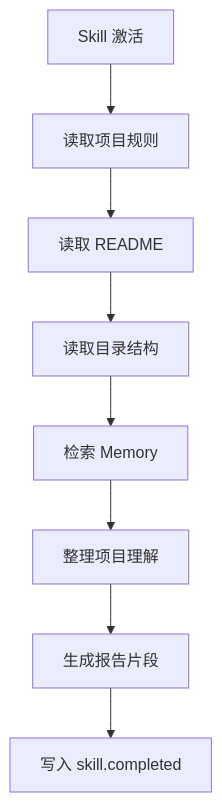
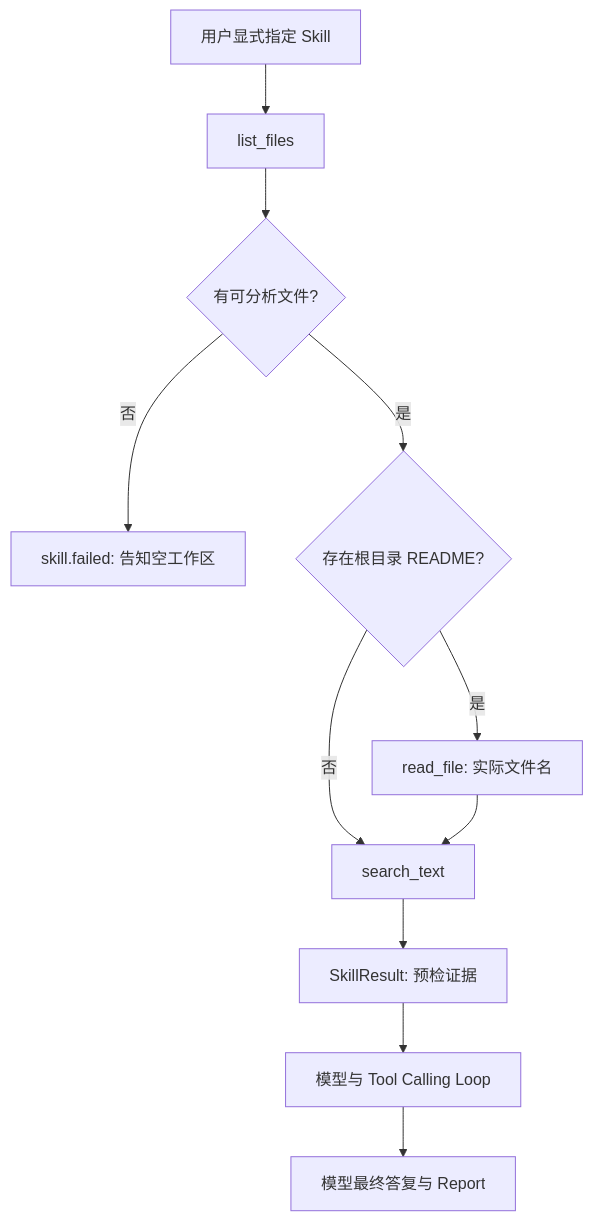
Before and after one commit to hfqf/figo-agent: the fourth of 4 diagrams in docs/agent/modules/skill/README.md, drawn with Mermaid. The commit also changed other lines of this file and 82 other files, not shown here.

````diff
--- a/docs/agent/modules/skill/README.md
+++ b/docs/agent/modules/skill/README.md
@@ -350,10 +331,13 @@
 ```mermaid
 flowchart TD
-  Start[Skill 激活] --> Rules[读取项目规则]
-  Rules --> Readme[读取 README]
-  Readme --> Tree[读取目录结构]
-  Tree --> Memory[检索 Memory]
-  Memory --> Analyze[整理项目理解]
-  Analyze --> Report[生成报告片段]
-  Report --> Trace[写入 skill.completed]
+  Start[用户显式指定 Skill] --> Files[list_files]
+  Files --> Empty{有可分析文件?}
+  Empty -->|否| Failed[skill.failed: 告知空工作区]
+  Empty -->|是| Readme{存在根目录 README?}
+  Readme -->|是| Read[read_file: 实际文件名]
+  Readme -->|否| Search[search_text]
+  Read --> Search
+  Search --> Evidence[SkillResult: 预检证据]
+  Evidence --> LLM[模型与 Tool Calling Loop]
+  LLM --> Final[模型最终答复与 Report]
 ```
````
